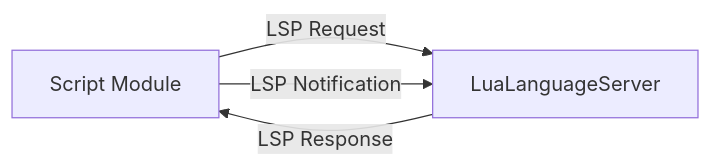
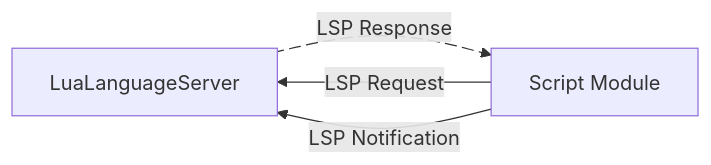
Before and after one commit to zyt20001205/UniComm2: the second of 2 diagrams in readme.md, drawn with Mermaid. The commit also changed other lines of this file, not shown here.

Commit message:
final testing: minor fix

````diff
--- a/readme.md
+++ b/readme.md
@@ -135,8 +135,9 @@
 ```mermaid
 flowchart LR
-    A[Script Module]
-    B[LuaLanguageServer]
-    B -->|LSP Response| A
-    A -->|LSP Request| B
-    A -->|LSP Notification| B
+    luaLanguageServer[LuaLanguageServer]
+    scriptModule[Script Module]
+    luaLanguageServer e1@-->|LSP Response| scriptModule
+    scriptModule e1@-->|LSP Request| luaLanguageServer
+    scriptModule e1@-->|LSP Notification| luaLanguageServer
+    e1@{ animate: true }
 ```
````
